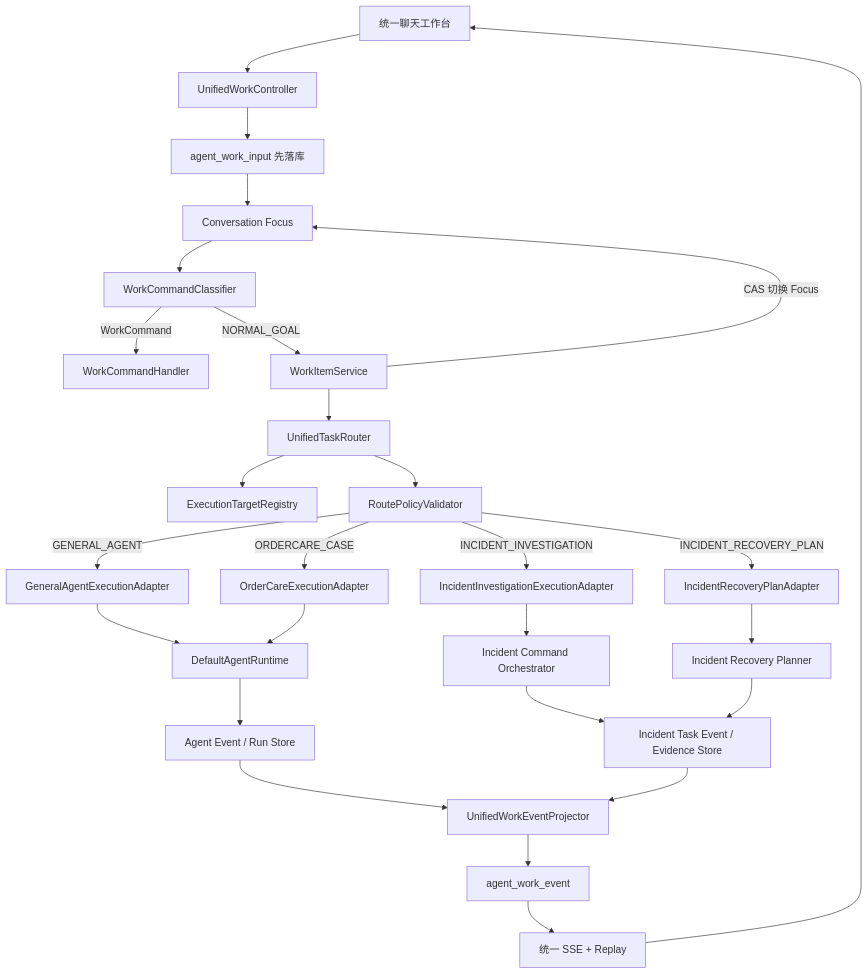
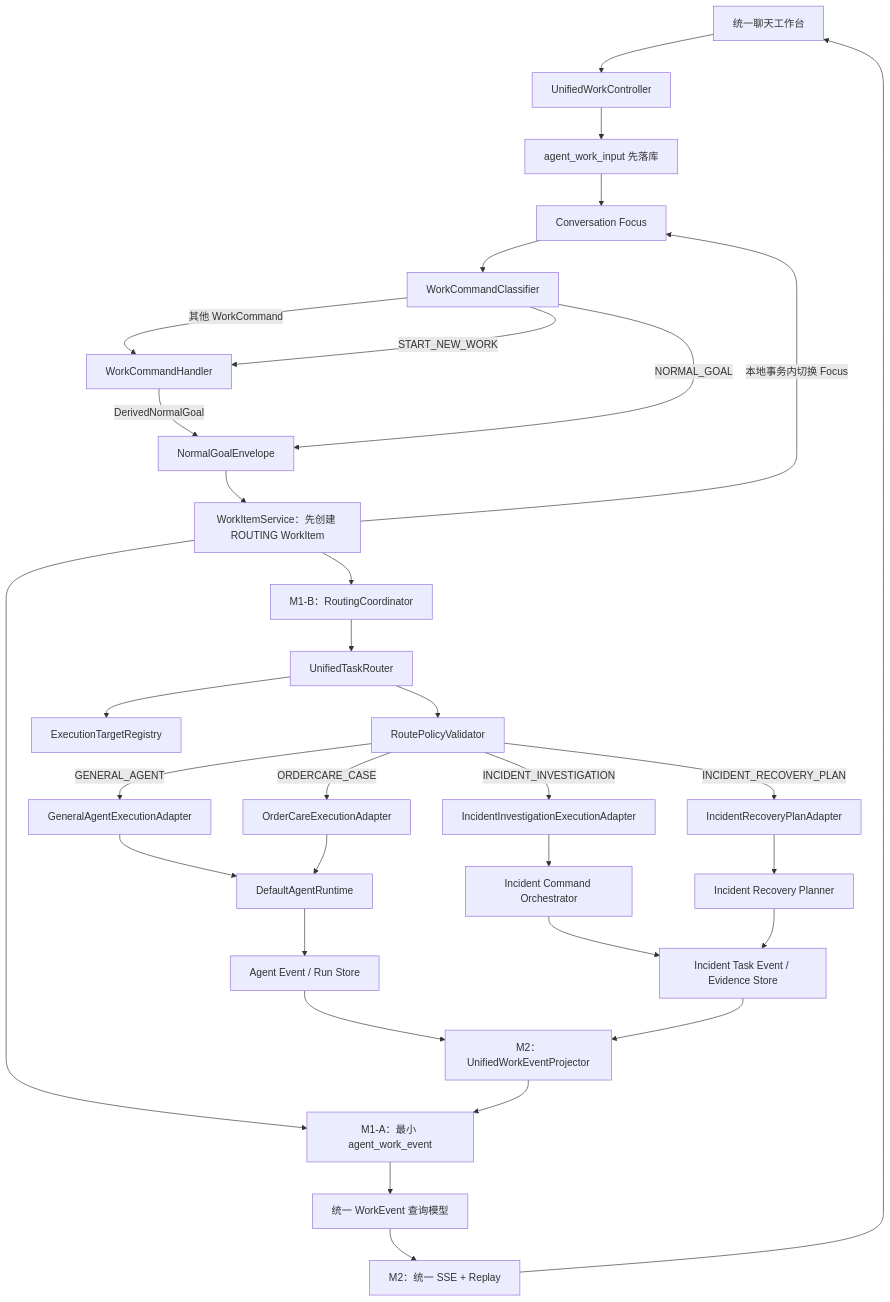
The first of 2 diagrams in docs/unified-agent-workbench-v1-design.md (KunShengWang/enterprise-agent), drawn with Mermaid before and after one commit. The commit also changed other lines of this file and 1 other file, not shown here.

Commit message:
docs: freeze unified agent workbench v1 blueprint

````diff
--- a/docs/unified-agent-workbench-v1-design.md
+++ b/docs/unified-agent-workbench-v1-design.md
@@ -148,29 +148,35 @@
 ```mermaid
 flowchart TD
     U["统一聊天工作台"] --> C["UnifiedWorkController"]
     C --> IN["agent_work_input 先落库"]
     IN --> F["Conversation Focus"]
     F --> CC["WorkCommandClassifier"]
-    CC -->|WorkCommand| CH["WorkCommandHandler"]
-    CC -->|NORMAL_GOAL| W["WorkItemService"]
-    W -->|CAS 切换 Focus| F
-    W --> R["UnifiedTaskRouter"]
+    CC -->|其他 WorkCommand| CH["WorkCommandHandler"]
+    CC -->|START_NEW_WORK| CH
+    CC -->|NORMAL_GOAL| NG["NormalGoalEnvelope"]
+    CH -->|DerivedNormalGoal| NG
+    NG --> W["WorkItemService：先创建 ROUTING WorkItem"]
+    W -->|本地事务内切换 Focus| F
+    W --> LE["M1-A：最小 agent_work_event"]
+    W --> RC["M1-B：RoutingCoordinator"]
+    RC --> R["UnifiedTaskRouter"]
     R --> M["ExecutionTargetRegistry"]
     R --> V["RoutePolicyValidator"]
     V -->|GENERAL_AGENT| A["GeneralAgentExecutionAdapter"]
     V -->|ORDERCARE_CASE| O["OrderCareExecutionAdapter"]
     V -->|INCIDENT_INVESTIGATION| I["IncidentInvestigationExecutionAdapter"]
     V -->|INCIDENT_RECOVERY_PLAN| P["IncidentRecoveryPlanAdapter"]
     A --> AR["DefaultAgentRuntime"]
     O --> AR
     I --> IC["Incident Command Orchestrator"]
     P --> RP["Incident Recovery Planner"]
     AR --> AE["Agent Event / Run Store"]
     IC --> IE["Incident Task Event / Evidence Store"]
     RP --> IE
-    AE --> EP["UnifiedWorkEventProjector"]
+    AE --> EP["M2：UnifiedWorkEventProjector"]
     IE --> EP
-    EP --> WE["agent_work_event"]
-    WE --> SSE["统一 SSE + Replay"]
+    EP --> LE
+    LE --> WE["统一 WorkEvent 查询模型"]
+    WE --> SSE["M2：统一 SSE + Replay"]
     SSE --> U
 ```
````
